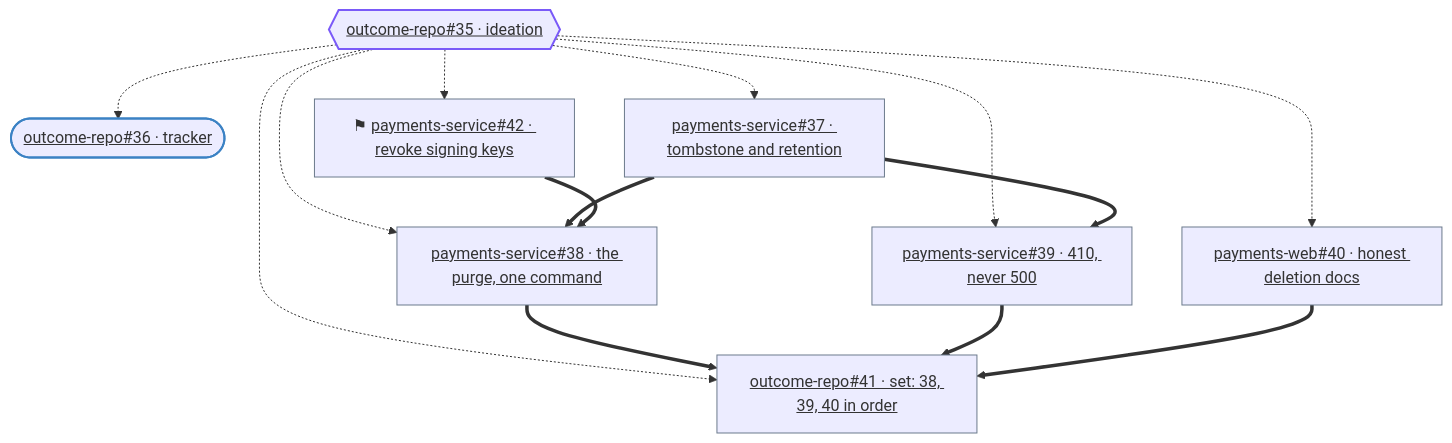
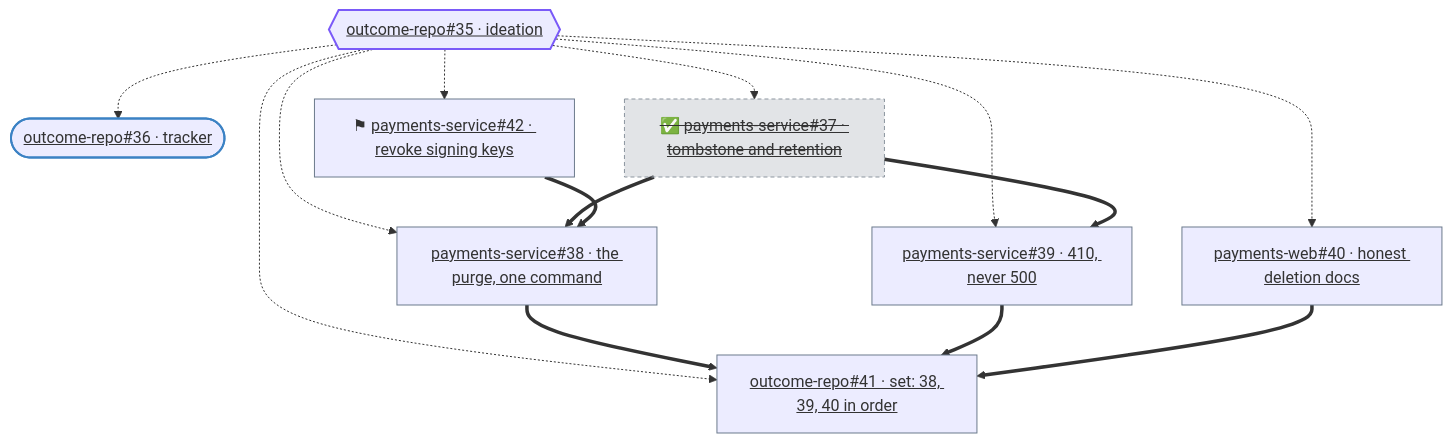
Before and after one commit to skrewz/s-ai-skills: the diagram in prompts/outcome-decomposer.md, drawn with Mermaid. The commit also changed other lines of this file, not shown here.

First line of the commit message:
✨ feat(outcome-decomposer): dim closed members in the forest drawing

````diff
--- a/prompts/outcome-decomposer.md
+++ b/prompts/outcome-decomposer.md
@@ -176,31 +176,32 @@
 ```mermaid
 flowchart TD
   i_outcome_repo_35{{"<a href='https://example.com/o/outcome-repo/issues/35' target='_blank' style='color:inherit'>outcome-repo#35 · ideation</a>"}}
   i_outcome_repo_36(["<a href='https://example.com/o/outcome-repo/issues/36' target='_blank' style='color:inherit'>outcome-repo#36 · tracker</a>"])
-  i_payments_service_37["<a href='https://example.com/o/payments-service/issues/37' target='_blank' style='color:inherit'>payments-service#37 · tombstone and retention</a>"]
+  i_payments_service_37["✅ <a href='https://example.com/o/payments-service/issues/37' target='_blank' style='color:inherit'>payments-service#37 · tombstone and retention</a>"]
   i_payments_service_38["<a href='https://example.com/o/payments-service/issues/38' target='_blank' style='color:inherit'>payments-service#38 · the purge, one command</a>"]
   i_payments_service_39["<a href='https://example.com/o/payments-service/issues/39' target='_blank' style='color:inherit'>payments-service#39 · 410, never 500</a>"]
   i_payments_web_40["<a href='https://example.com/o/payments-web/issues/40' target='_blank' style='color:inherit'>payments-web#40 · honest deletion docs</a>"]
   i_outcome_repo_41["<a href='https://example.com/o/outcome-repo/issues/41' target='_blank' style='color:inherit'>outcome-repo#41 · set: 38, 39, 40 in order</a>"]
   i_payments_service_42["⚑ <a href='https://example.com/o/payments-service/issues/42' target='_blank' style='color:inherit'>payments-service#42 · revoke signing keys</a>"]
   i_outcome_repo_35 -.-> i_payments_service_37
   i_outcome_repo_35 -.-> i_payments_service_38
   i_outcome_repo_35 -.-> i_payments_service_39
   i_outcome_repo_35 -.-> i_payments_web_40
   i_outcome_repo_35 -.-> i_outcome_repo_41
   i_outcome_repo_35 -.-> i_payments_service_42
   i_outcome_repo_35 -.-> i_outcome_repo_36
   i_payments_service_37 ==> i_payments_service_38
   i_payments_service_42 ==> i_payments_service_38
   i_payments_service_37 ==> i_payments_service_39
   i_payments_service_38 ==> i_outcome_repo_41
   i_payments_service_39 ==> i_outcome_repo_41
   i_payments_web_40 ==> i_outcome_repo_41
   classDef root stroke:#7a5af8,stroke-width:2px
   classDef tracker stroke:#3b82c4,stroke-width:2px
   classDef member stroke:#6b7a8c
-  classDef closed stroke:#8c959f,stroke-dasharray:4 3,text-decoration:line-through
+  classDef closed stroke:#8c959f,stroke-dasharray:4 3,text-decoration:line-through,fill:#8c959f,fill-opacity:0.25
   class i_outcome_repo_35 root
   class i_outcome_repo_36 tracker
   class i_payments_service_37,i_payments_service_38,i_payments_service_39,i_payments_web_40,i_outcome_repo_41,i_payments_service_42 member
+  class i_payments_service_37 closed
 ```
````
